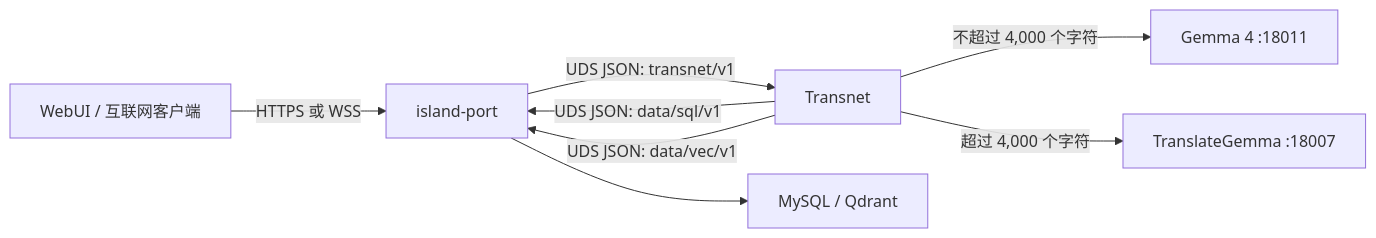
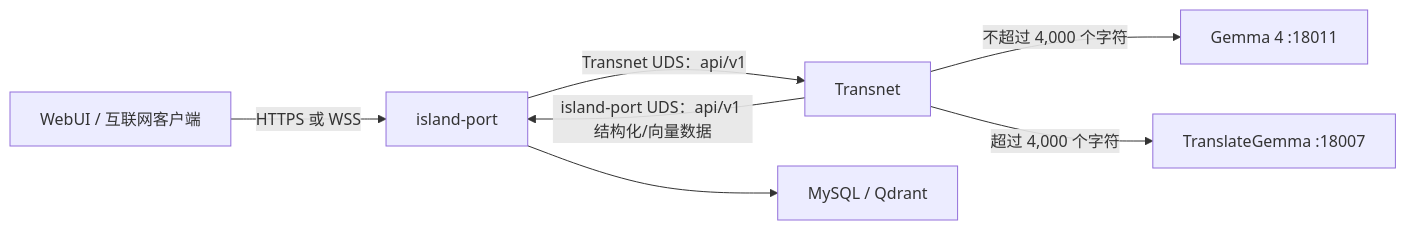
The diagram in README_cn.md (Ashex-x/Transnet), drawn with Mermaid before and after one commit. The commit also changed other lines of this file and 13 other files, not shown here.

````diff
--- a/README_cn.md
+++ b/README_cn.md
@@ -22,10 +22,9 @@
 ```mermaid
 flowchart LR
   client["WebUI / 互联网客户端"] -->|"HTTPS 或 WSS"| island["island-port"]
-  island -->|"UDS JSON: transnet/v1"| service["Transnet"]
-  service -->|"UDS JSON: data/sql/v1"| island
-  service -->|"UDS JSON: data/vec/v1"| island
+  island -->|"Transnet UDS：api/v1"| service["Transnet"]
+  service -->|"island-port UDS：api/v1 结构化/向量数据"| island
   island --> databases["MySQL / Qdrant"]
   service -->|"不超过 4,000 个字符"| gemma4["Gemma 4 :18011"]
   service -->|"超过 4,000 个字符"| translate["TranslateGemma :18007"]
 ```
````
